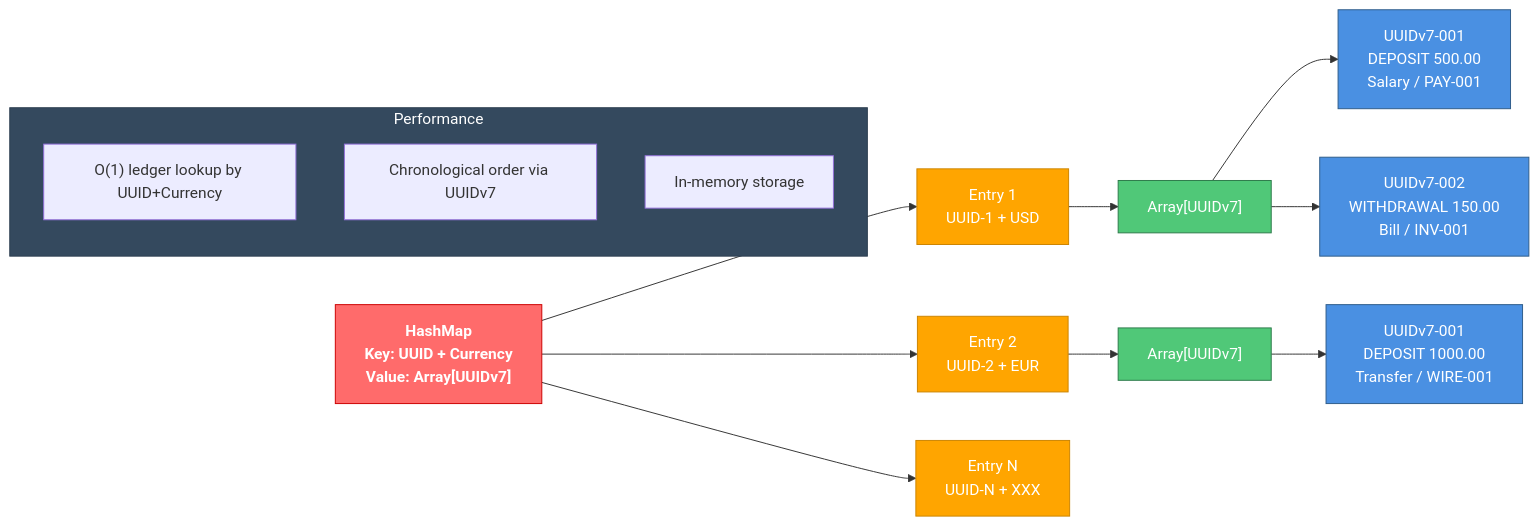
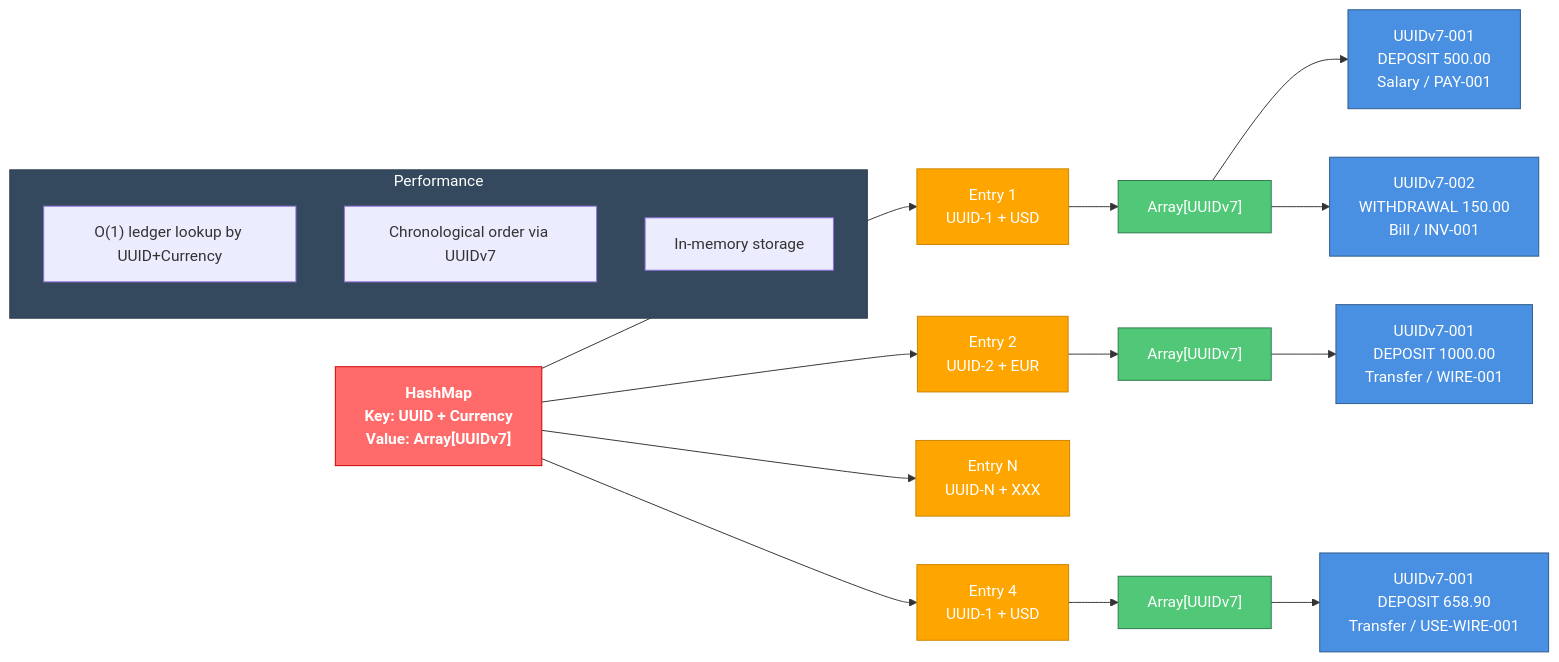
One commit to yriveiro/tiny-ledger changed the second of 2 diagrams in README.md. Above: the diagram before and after it, drawn with Mermaid.

Commit message:
fix: mermaid diagram

````diff
--- a/README.md
+++ b/README.md
@@ -132,43 +132,54 @@
 ```mermaid
 graph LR
     HashMap["HashMap<br/>Key: UUID + Currency<br/>Value: Array[UUIDv7]"]
 
     Entry1["Entry 1<br/>UUID-1 + USD"]
     Array1["Array[UUIDv7]"]
     T1["UUIDv7-001<br/>DEPOSIT 500.00<br/>Salary / PAY-001"]
     T2["UUIDv7-002<br/>WITHDRAWAL 150.00<br/>Bill / INV-001"]
 
     Entry2["Entry 2<br/>UUID-2 + EUR"]
     Array2["Array[UUIDv7]"]
     T3["UUIDv7-001<br/>DEPOSIT 1000.00<br/>Transfer / WIRE-001"]
 
     Entry3["Entry N<br/>UUID-N + XXX"]
 
+    Entry4["Entry 4<br/>UUID-1 + USD"]
+    Array4["Array[UUIDv7]"]
+    T4["UUIDv7-001<br/>DEPOSIT 658.90<br/>Transfer / USE-WIRE-001"]
+
     HashMap --> Entry1
     Entry1 --> Array1
     Array1 --> T1
     Array1 --> T2
 
     HashMap --> Entry2
     Entry2 --> Array2
     Array2 --> T3
 
     HashMap --> Entry3
 
+    HashMap --> Entry4
+    Entry4 --> Array4
+    Array4 --> T4
+
     subgraph Perf["Performance"]
         P1["O(1) ledger lookup by UUID+Currency"]
         P2["Chronological order via UUIDv7"]
         P3["In-memory storage"]
     end
 
     style HashMap fill:#ff6b6b,stroke:#cc0000,color:#fff,font-weight:bold
     style Entry1 fill:#ffa500,stroke:#cc8400,color:#fff
     style Entry2 fill:#ffa500,stroke:#cc8400,color:#fff
     style Entry3 fill:#ffa500,stroke:#cc8400,color:#fff
+    style Entry4 fill:#ffa500,stroke:#cc8400,color:#fff
     style Array1 fill:#50c878,stroke:#2d7a4a,color:#fff
     style Array2 fill:#50c878,stroke:#2d7a4a,color:#fff
+    style Array4 fill:#50c878,stroke:#2d7a4a,color:#fff
     style T1 fill:#4a90e2,stroke:#2e5c8a,color:#fff
     style T2 fill:#4a90e2,stroke:#2e5c8a,color:#fff
     style T3 fill:#4a90e2,stroke:#2e5c8a,color:#fff
+    style T4 fill:#4a90e2,stroke:#2e5c8a,color:#fff
     style Perf fill:#34495e,stroke:#2c3e50,color:#fff
 ```
````
